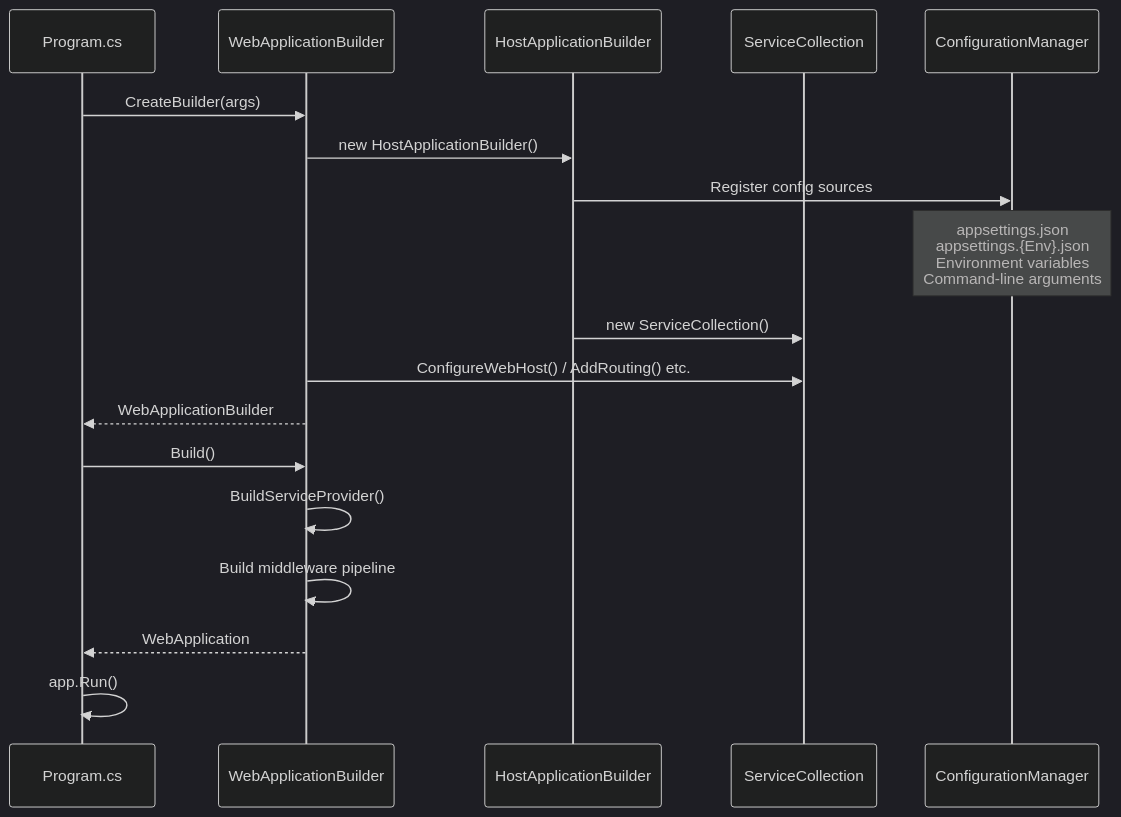
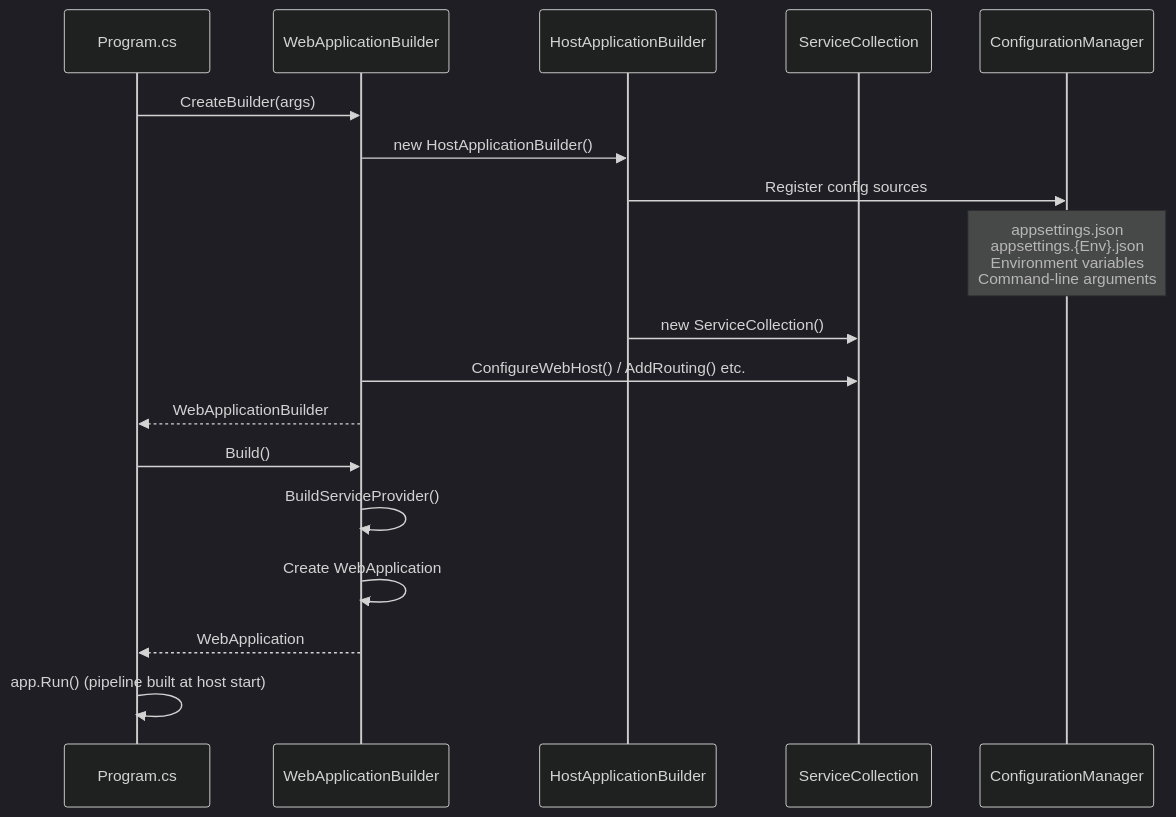
The second of 20 diagrams in content/blog/en/aspnet-core-architecture.mdx (yoichiozaki/yoichiozaki.github.io), drawn with Mermaid (dark theme) before and after one commit. The commit also changed other lines of this file and 116 other files, not shown here.

````diff
--- a/content/blog/en/aspnet-core-architecture.mdx
+++ b/content/blog/en/aspnet-core-architecture.mdx
@@ -71,21 +71,21 @@
 ```mermaid
 sequenceDiagram
     participant App as Program.cs
     participant WAB as WebApplicationBuilder
     participant HAB as HostApplicationBuilder
     participant SC as ServiceCollection
     participant Config as ConfigurationManager
 
     App->>WAB: CreateBuilder(args)
     WAB->>HAB: new HostApplicationBuilder()
     HAB->>Config: Register config sources
     Note over Config: appsettings.json<br/>appsettings.{Env}.json<br/>Environment variables<br/>Command-line arguments
     HAB->>SC: new ServiceCollection()
     WAB->>SC: ConfigureWebHost() / AddRouting() etc.
     WAB-->>App: WebApplicationBuilder
     App->>WAB: Build()
     WAB->>WAB: BuildServiceProvider()
-    WAB->>WAB: Build middleware pipeline
+    WAB->>WAB: Create WebApplication
     WAB-->>App: WebApplication
-    App->>App: app.Run()
+    App->>App: app.Run() (pipeline built at host start)
 ```
````
